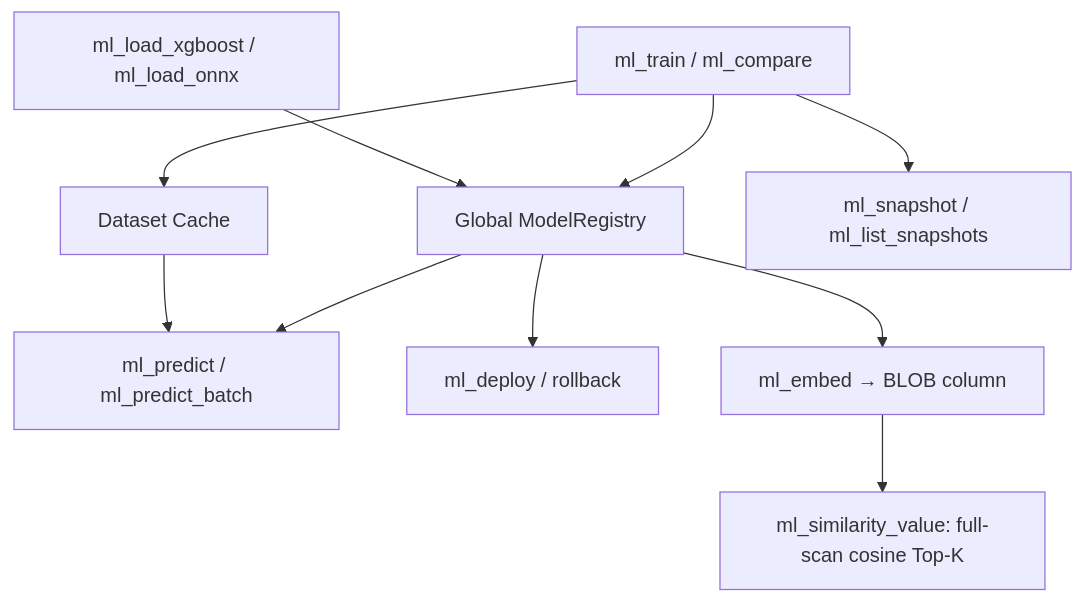
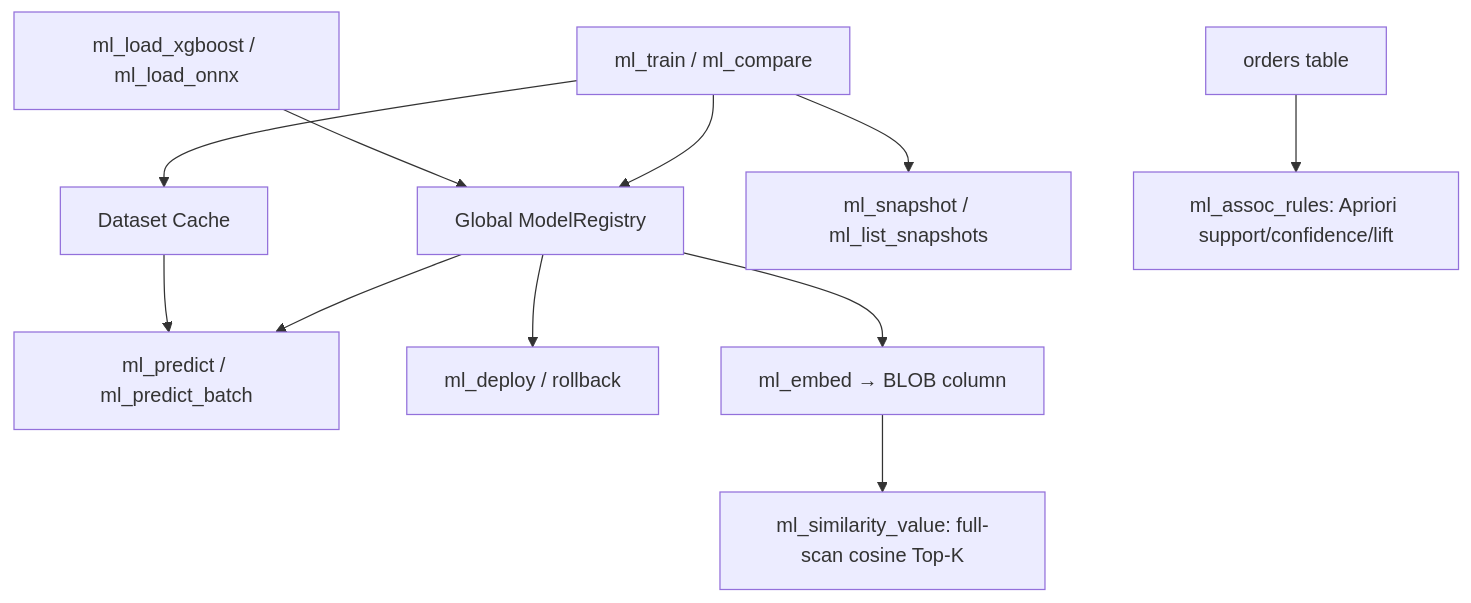
Before and after one commit to alitrack/duckdb-ml: the diagram in README.md, drawn with Mermaid. The commit also changed other lines of this file and 2 other files, not shown here.

First line of the commit message:
feat: association rules — ml_assoc_rules (Apriori, market basket)

````diff
--- a/README.md
+++ b/README.md
@@ -134,12 +184,13 @@
 ```mermaid
 flowchart TD
     A[ml_train / ml_compare] --> B[Global ModelRegistry]
     B --> C[ml_predict / ml_predict_batch]
     A --> D[Dataset Cache]
     D --> C
     B --> E[ml_deploy / rollback]
     A --> F[ml_snapshot / ml_list_snapshots]
     G[ml_load_xgboost / ml_load_onnx] --> B
     B --> H[ml_embed → BLOB column]
     H --> I[ml_similarity_value: full-scan cosine Top-K]
+    J[orders table] --> K[ml_assoc_rules: Apriori support/confidence/lift]
 ```
````
